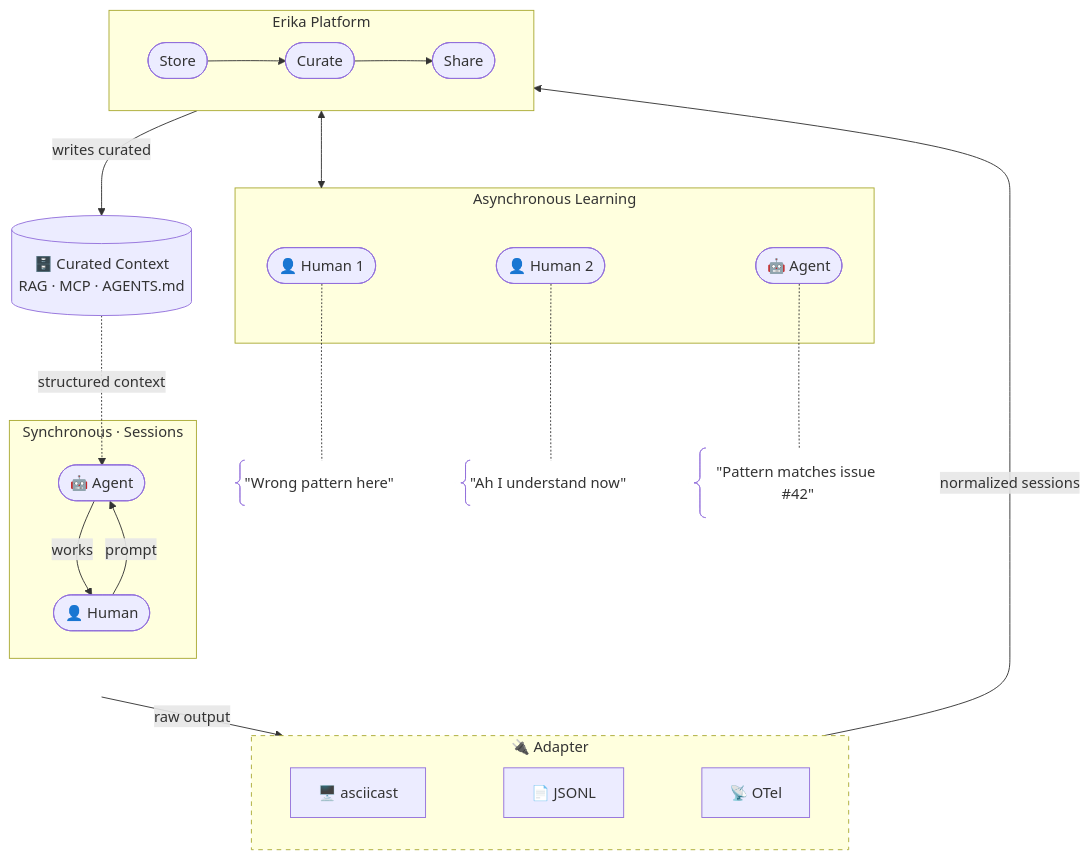
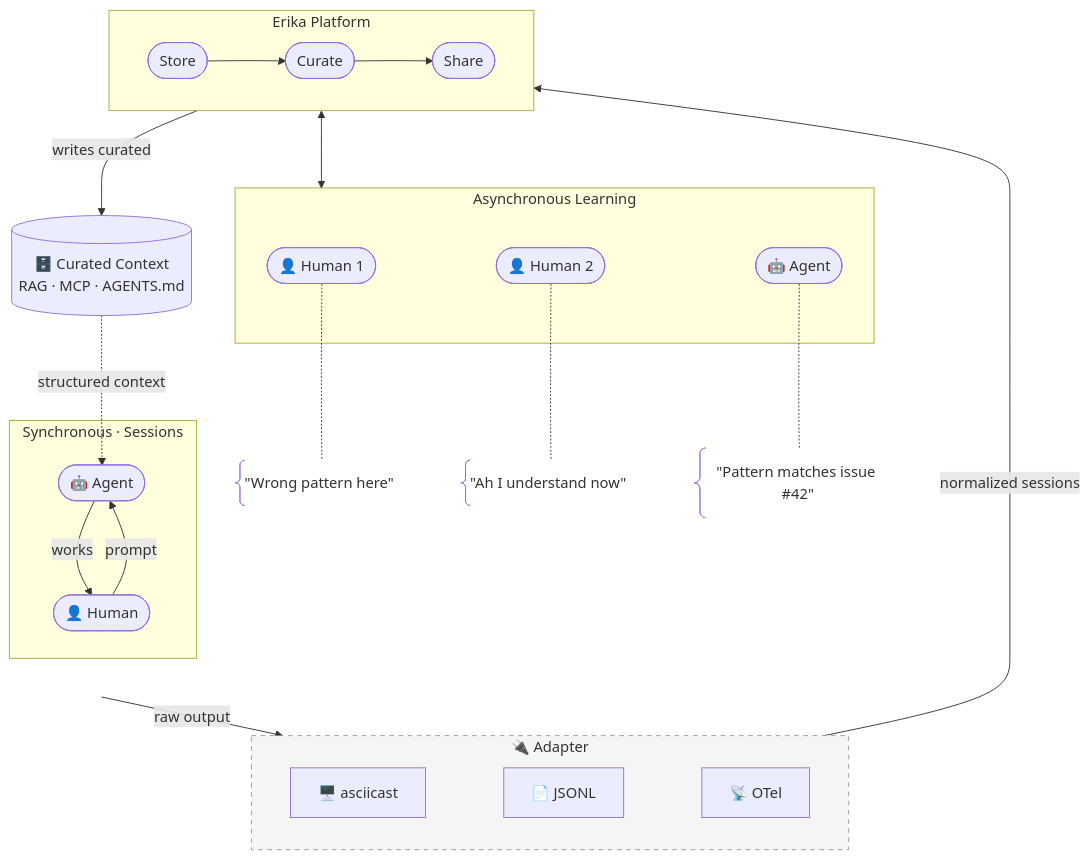
Before and after one commit to thiscantbeserious/erika: the fifth of 5 diagrams in VISION.md, drawn with Mermaid. The commit also changed 1 other file, not shown here.

Commit message:
chore: grey background on Adapter section for theme compatibility

````diff
--- a/VISION.md
+++ b/VISION.md
@@ -109,43 +109,43 @@
 ```mermaid
 %%{ init: { 'flowchart': { 'nodeSpacing': 50, 'rankSpacing': 60 } } }%%
 flowchart TD
     subgraph Session["Synchronous · Sessions"]
         Human(["👤 Human"]) -->|prompt| Agent(["🤖 Agent"])
         Agent -->|works| Human
     end
 
     Session -->|raw output| Adapter
 
     subgraph Adapter["🔌 Adapter"]
         direction LR
         Asciicast["🖥️ asciicast"] ~~~ JSONL["📄 JSONL"] ~~~ OTel["📡 OTel"]
     end
 
     Adapter -->|normalized sessions| Platform
 
     subgraph Platform["Erika Platform"]
         direction LR
         Store([Store]) --> Curate([Curate]) --> Share([Share])
     end
 
     subgraph Team["Asynchronous Learning"]
         H1(["👤 Human 1"])
         H2(["👤 Human 2"])
         A1(["🤖 Agent"])
     end
 
     S1@{ shape: brace, label: '"Wrong pattern here"' }
     S2@{ shape: brace, label: '"Ah I understand now"' }
     S3@{ shape: brace, label: '"Pattern matches issue #42"' }
     H1 -.- S1
     H2 -.- S2
     A1 -.- S3
 
     Platform <--> Team
 
     Curated[("🗄️ Curated Context<br/>RAG · MCP · AGENTS.md")]
     Platform -->|writes curated| Curated
     Curated -.->|structured context| Agent
 
-    style Adapter stroke-dasharray: 5 5
+    style Adapter stroke-dasharray: 5 5, fill:#f5f5f5, stroke:#999, color:#333
 ```
````
